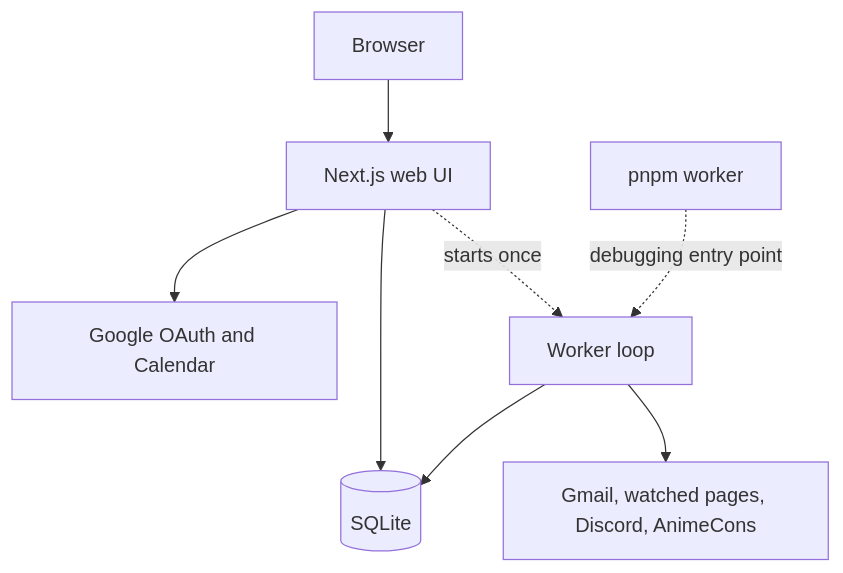
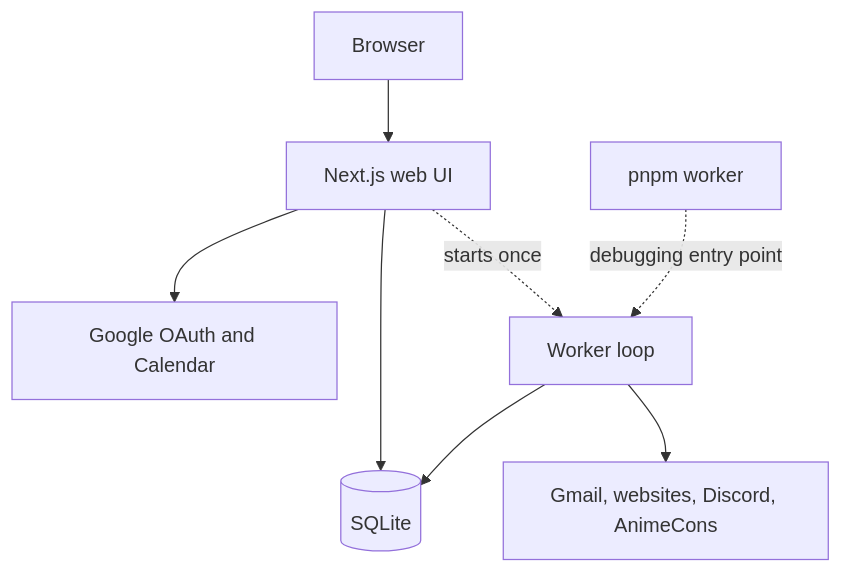
Before and after one commit to leav/expo_tracker: the second of 4 diagrams in docs/DESIGN.md, drawn with Mermaid. The commit also changed other lines of this file, not shown here.

````diff
--- a/docs/DESIGN.md
+++ b/docs/DESIGN.md
@@ -132,10 +140,10 @@
 ```mermaid
 flowchart TB
   browser[Browser] --> web[Next.js web UI]
   web --> db[(SQLite)]
   web --> google[Google OAuth and Calendar]
   web -. starts once .-> worker[Worker loop]
   cli[pnpm worker] -. debugging entry point .-> worker
   worker --> db
-  worker --> sources[Gmail, watched pages, Discord, AnimeCons]
+  worker --> sources[Gmail, websites, Discord, AnimeCons]
 ```
````
